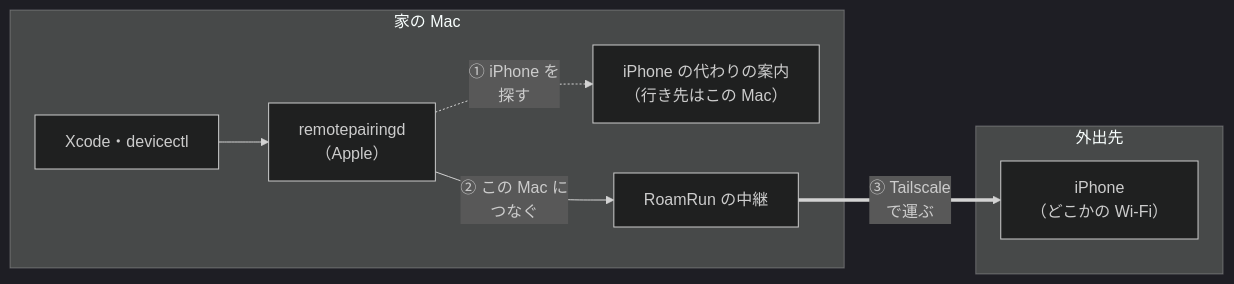
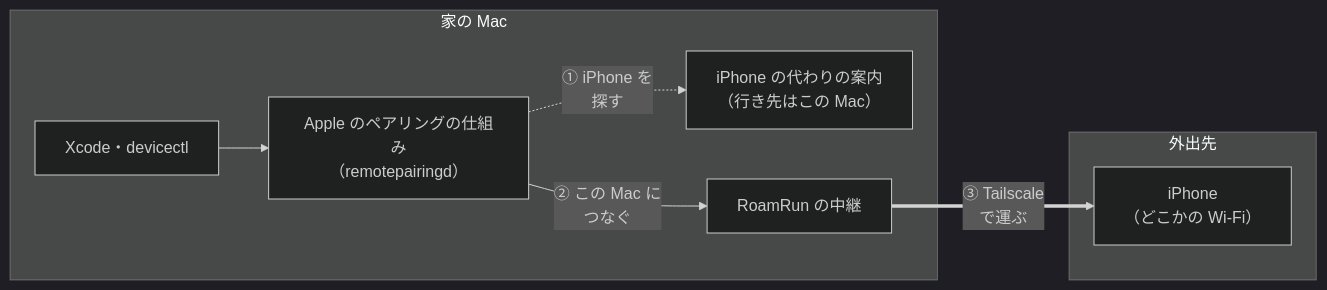
Before and after one commit to mh-mobile/zenn_docs: the first of 13 diagrams in articles/4380fe7546a237.md, drawn with Mermaid (dark theme). The commit also changed other lines of this file and 1 other file, not shown here.

````diff
--- a/articles/4380fe7546a237.md
+++ b/articles/4380fe7546a237.md
@@ -25,14 +66,14 @@
 ```mermaid
 flowchart LR
   subgraph mac["家の Mac"]
-    xcode["Xcode・devicectl"] --> rpd["remotepairingd<br/>（Apple）"]
+    xcode["Xcode・devicectl"] --> rpd["Apple のペアリングの仕組み<br/>（remotepairingd）"]
     fake["iPhone の代わりの案内<br/>（行き先はこの Mac）"]
     relay["RoamRun の中継"]
   end
   subgraph away["外出先"]
     iphone["iPhone<br/>（どこかの Wi-Fi）"]
   end
   rpd -. "① iPhone を<br/>探す" .-> fake
   rpd -- "② この Mac に<br/>つなぐ" --> relay
   relay == "③ Tailscale<br/>で運ぶ" ==> iphone
 ```
````
